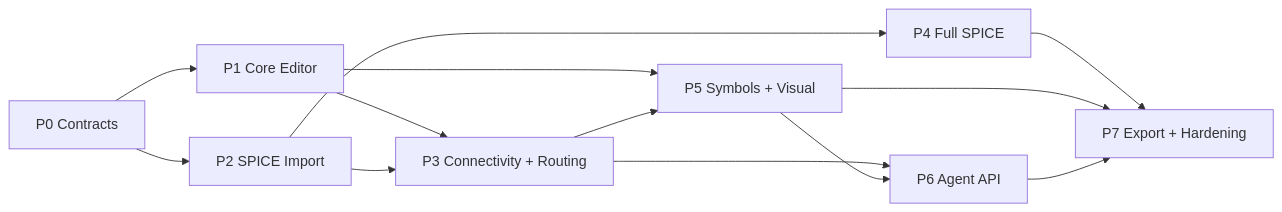
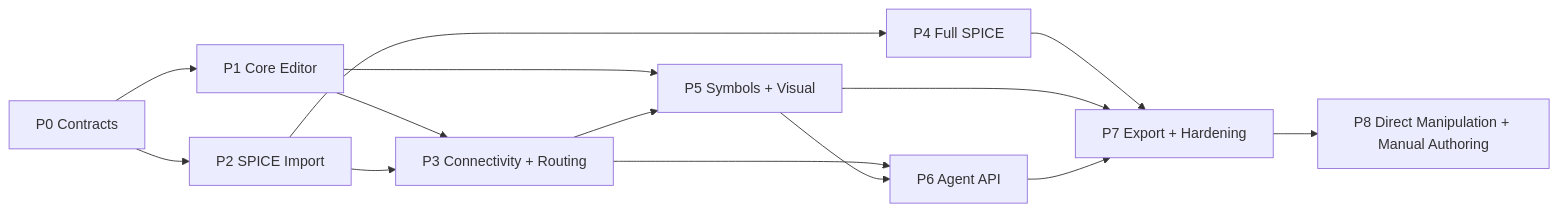
The diagram in docs/roadmap/README.md (Huangshu0010/analog-canvas), drawn with Mermaid before and after one commit. The commit also changed other lines of this file and 5 other files, not shown here.

````diff
--- a/docs/roadmap/README.md
+++ b/docs/roadmap/README.md
@@ -21,15 +22,16 @@
 ```mermaid
 flowchart LR
     P0["P0 Contracts"] --> P1["P1 Core Editor"]
     P0 --> P2["P2 SPICE Import"]
     P1 --> P3["P3 Connectivity + Routing"]
     P2 --> P3
     P2 --> P4["P4 Full SPICE"]
     P1 --> P5["P5 Symbols + Visual"]
     P3 --> P5
     P3 --> P6["P6 Agent API"]
     P5 --> P6
     P4 --> P7["P7 Export + Hardening"]
     P5 --> P7
     P6 --> P7
+    P7 --> P8["P8 Direct Manipulation + Manual Authoring"]
 ```
````
